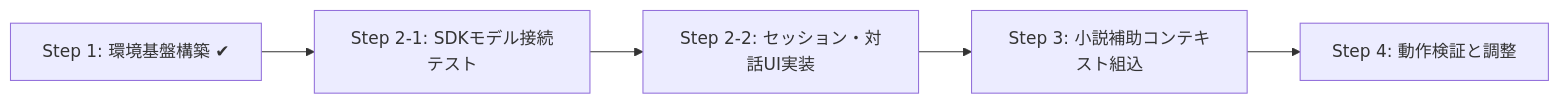
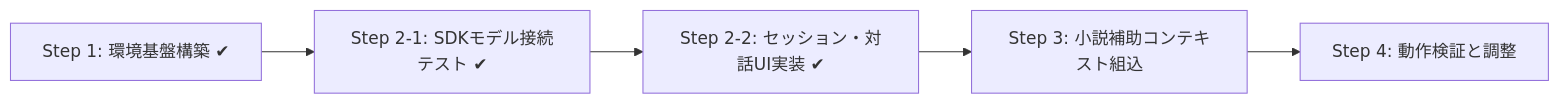
One commit to mituha/novelaid-cli changed the second of 2 diagrams in docs/dev/CLIツール開発計画書.md. Above: the diagram before and after it, drawn with Mermaid. The commit also changed other lines of this file and 6 other files, not shown here.

````diff
--- a/docs/dev/CLIツール開発計画書.md
+++ b/docs/dev/CLIツール開発計画書.md
@@ -88,7 +88,7 @@
 ```mermaid
 flowchart LR
-    S1[Step 1: 環境基盤構築 ✔] --> S2_1[Step 2-1: SDKモデル接続テスト]
-    S2_1 --> S2_2[Step 2-2: セッション・対話UI実装]
+    S1[Step 1: 環境基盤構築 ✔] --> S2_1[Step 2-1: SDKモデル接続テスト ✔]
+    S2_1 --> S2_2[Step 2-2: セッション・対話UI実装 ✔]
     S2_2 --> S3[Step 3: 小説補助コンテキスト組込]
     S3 --> S4[Step 4: 動作検証と調整]
 ```
````
